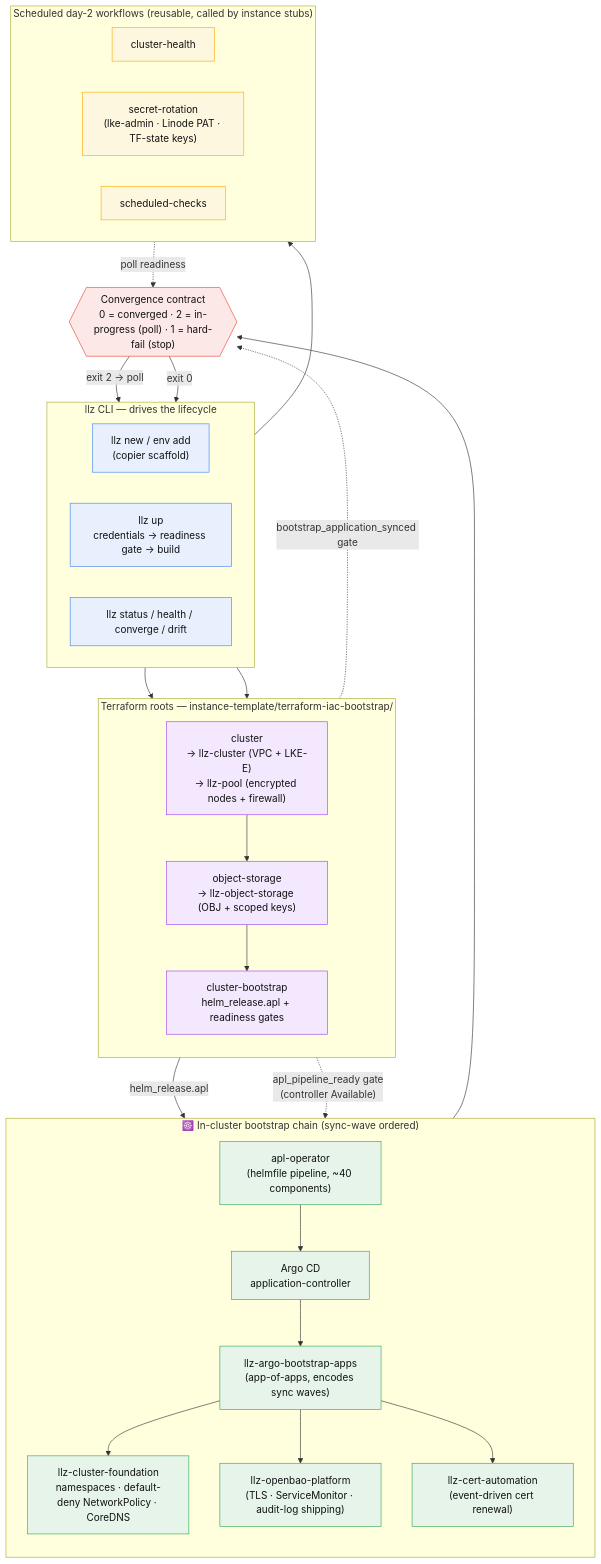
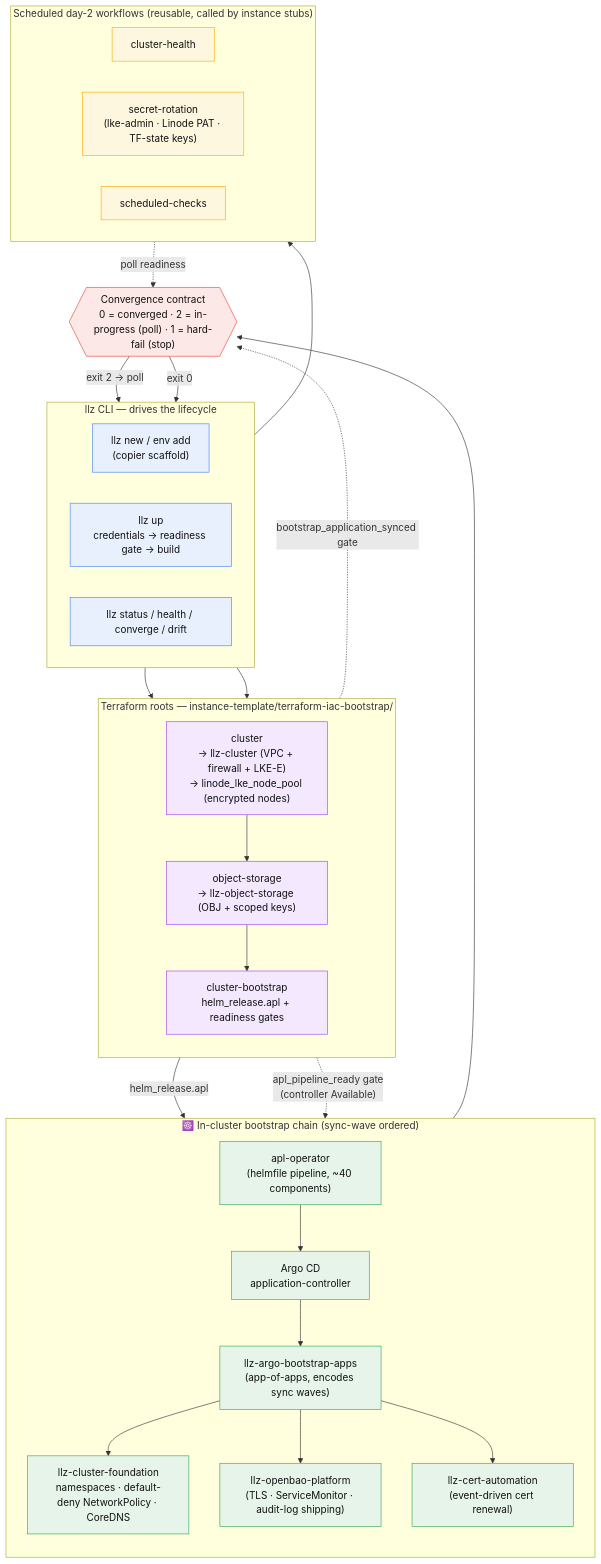
Before and after one commit to akamai-consulting/lke-landing-zone: the second of 2 diagrams in docs/architecture/overview.md, drawn with Mermaid. The commit also changed other lines of this file and 26 other files, not shown here.

First line of the commit message:
refactor(tf)!: inline llz-pool and llz-node-firewall into their consumers

````diff
--- a/docs/architecture/overview.md
+++ b/docs/architecture/overview.md
@@ -87,63 +87,63 @@
 ```mermaid
 flowchart TB
     subgraph DRIVE["llz CLI — drives the lifecycle"]
         direction LR
         NEW["llz new / env add<br/>(copier scaffold)"]
         UP["llz up<br/>credentials → readiness gate → build"]
         DAY2["llz status / health / converge / drift"]
     end
 
     subgraph TFROOTS["Terraform roots — instance-template/terraform-iac-bootstrap/"]
         direction TB
-        R1["cluster<br/>→ llz-cluster (VPC + LKE-E)<br/>→ llz-pool (encrypted nodes + firewall)"]
+        R1["cluster<br/>→ llz-cluster (VPC + firewall + LKE-E)<br/>→ linode_lke_node_pool (encrypted nodes)"]
         R2["object-storage<br/>→ llz-object-storage (OBJ + scoped keys)"]
         R4["cluster-bootstrap<br/>helm_release.apl + readiness gates"]
     end
 
     subgraph CLUSTER["☸️ In-cluster bootstrap chain (sync-wave ordered)"]
         direction TB
         APL["apl-operator<br/>(helmfile pipeline, ~40 components)"]
         ARGO["Argo CD<br/>application-controller"]
         AOA["llz-argo-bootstrap-apps<br/>(app-of-apps, encodes sync waves)"]
         FOUND["llz-cluster-foundation<br/>namespaces · default-deny NetworkPolicy · CoreDNS"]
         BAO["llz-openbao-platform<br/>(TLS · ServiceMonitor · audit-log shipping)"]
         CERT["llz-cert-automation<br/>(event-driven cert renewal)"]
     end
 
     GATE{{"Convergence contract<br/>0 = converged · 2 = in-progress (poll) · 1 = hard-fail (stop)"}}
 
     NEW --> R1
     UP --> R1 --> R2 --> R4
     R4 -->|"helm_release.apl"| APL
     APL --> ARGO
     R4 -.->|"apl_pipeline_ready gate<br/>(controller Available)"| ARGO
     ARGO --> AOA
     AOA --> FOUND
     AOA --> BAO
     AOA --> CERT
     R4 -.->|"bootstrap_application_synced gate"| GATE
     AOA --> GATE
     GATE -->|"exit 2 → poll"| DAY2
     GATE -->|"exit 0"| DAY2
 
     subgraph SCHED["Scheduled day-2 workflows (reusable, called by instance stubs)"]
         direction LR
         H["cluster-health"]
         ROT["secret-rotation<br/>(lke-admin · Linode PAT · TF-state keys)"]
         CHK["scheduled-checks"]
     end
 
     DAY2 --> SCHED
     SCHED -.->|"poll readiness"| GATE
 
     classDef cli fill:#e8f0fe,stroke:#4285f4,color:#111;
     classDef tf fill:#f3e8fd,stroke:#a142f4,color:#111;
     classDef k8s fill:#e6f4ea,stroke:#34a853,color:#111;
     classDef gate fill:#fce8e6,stroke:#ea4335,color:#111;
     classDef sch fill:#fef7e0,stroke:#f9ab00,color:#111;
     class NEW,UP,DAY2 cli;
     class R1,R2,R4 tf;
     class APL,ARGO,AOA,FOUND,BAO,CERT k8s;
     class GATE gate;
     class H,ROT,CHK sch;
 ```
````
